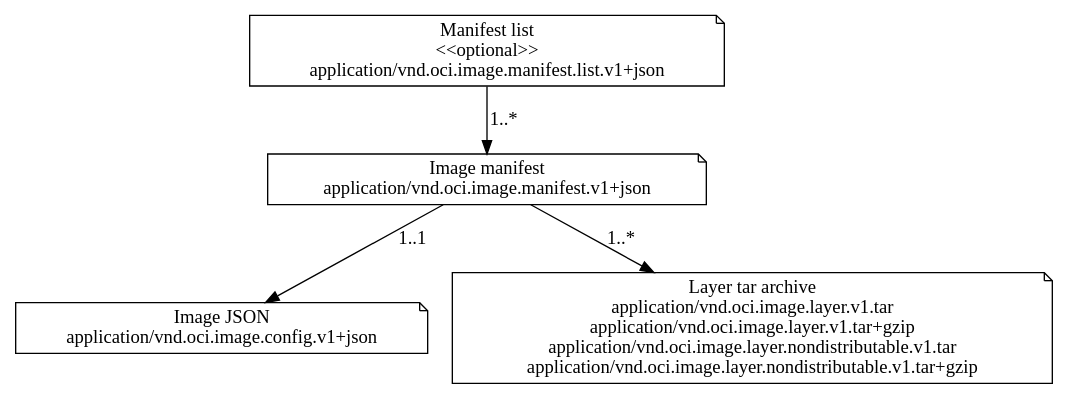
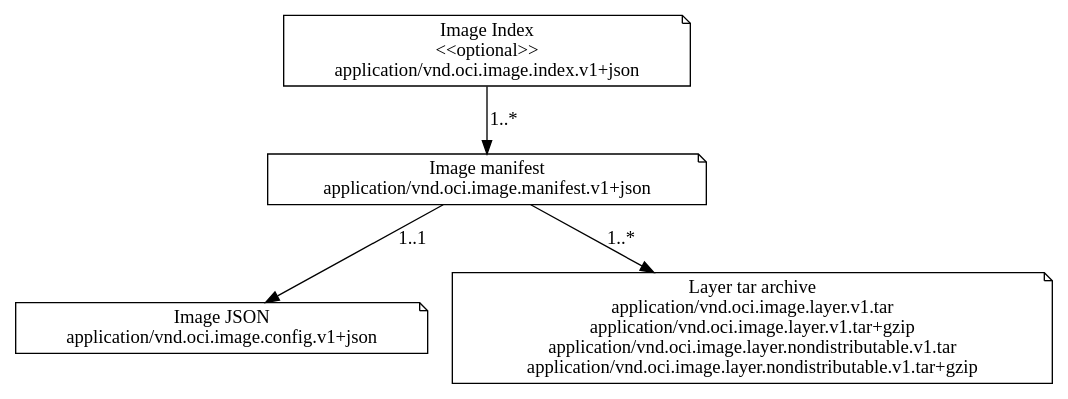
Before and after one commit to dattgoswami9lk5g/bremlinr: the diagram in img/media-types.dot, drawn with Graphviz. The commit also changed 19 other files, not shown here.

First line of the commit message:
*: manifest-list -> image-index

```diff
--- a/img/media-types.dot
+++ b/img/media-types.dot
@@ -1,12 +1,12 @@
 digraph G {
   {
-    manifestList [shape=note, label="Manifest list\n<<optional>>\napplication/vnd.oci.image.manifest.list.v1+json"]
+    imageIndex [shape=note, label="Image Index\n<<optional>>\napplication/vnd.oci.image.index.v1+json"]
     manifest [shape=note, label="Image manifest\napplication/vnd.oci.image.manifest.v1+json"]
     config [shape=note, label="Image JSON\napplication/vnd.oci.image.config.v1+json"]
     layer [shape=note, label="Layer tar archive\napplication/vnd.oci.image.layer.v1.tar\napplication/vnd.oci.image.layer.v1.tar+gzip\napplication/vnd.oci.image.layer.nondistributable.v1.tar\napplication/vnd.oci.image.layer.nondistributable.v1.tar+gzip"]
   }
 
-  manifestList -> manifest [label="1..*"]
+  imageIndex -> manifest [label="1..*"]
   manifest -> config [label="1..1"]
   manifest -> layer [label="1..*"]
 }
```
